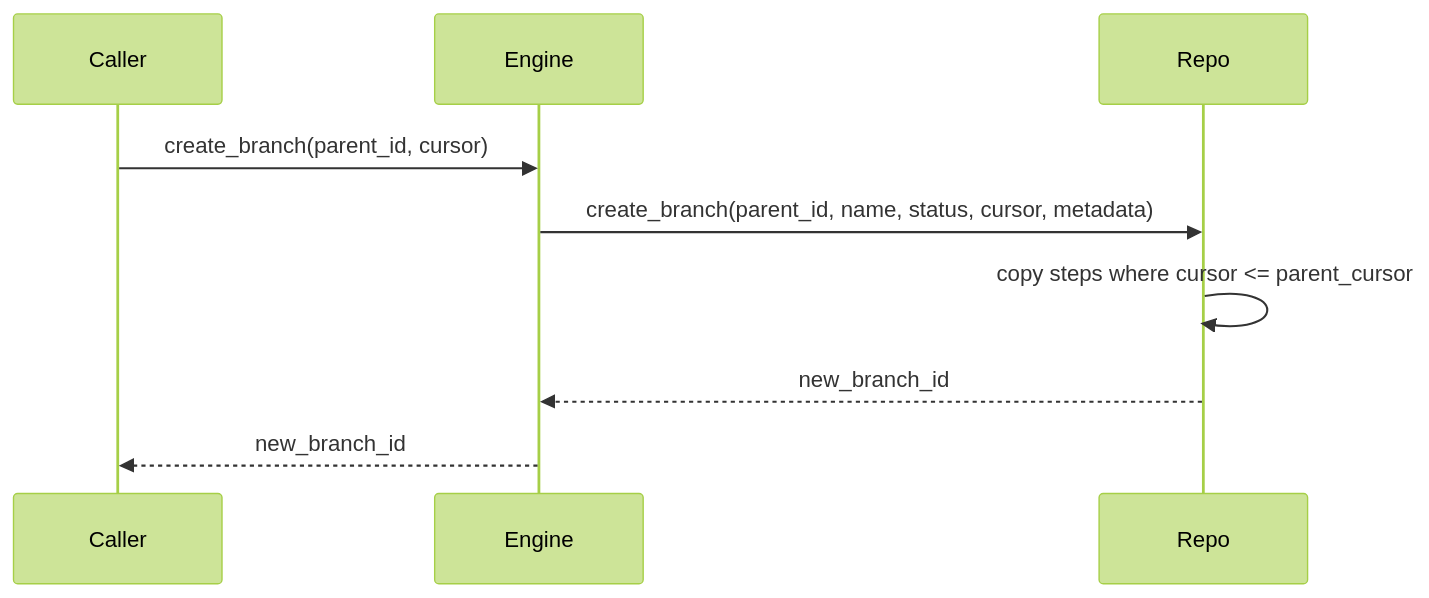
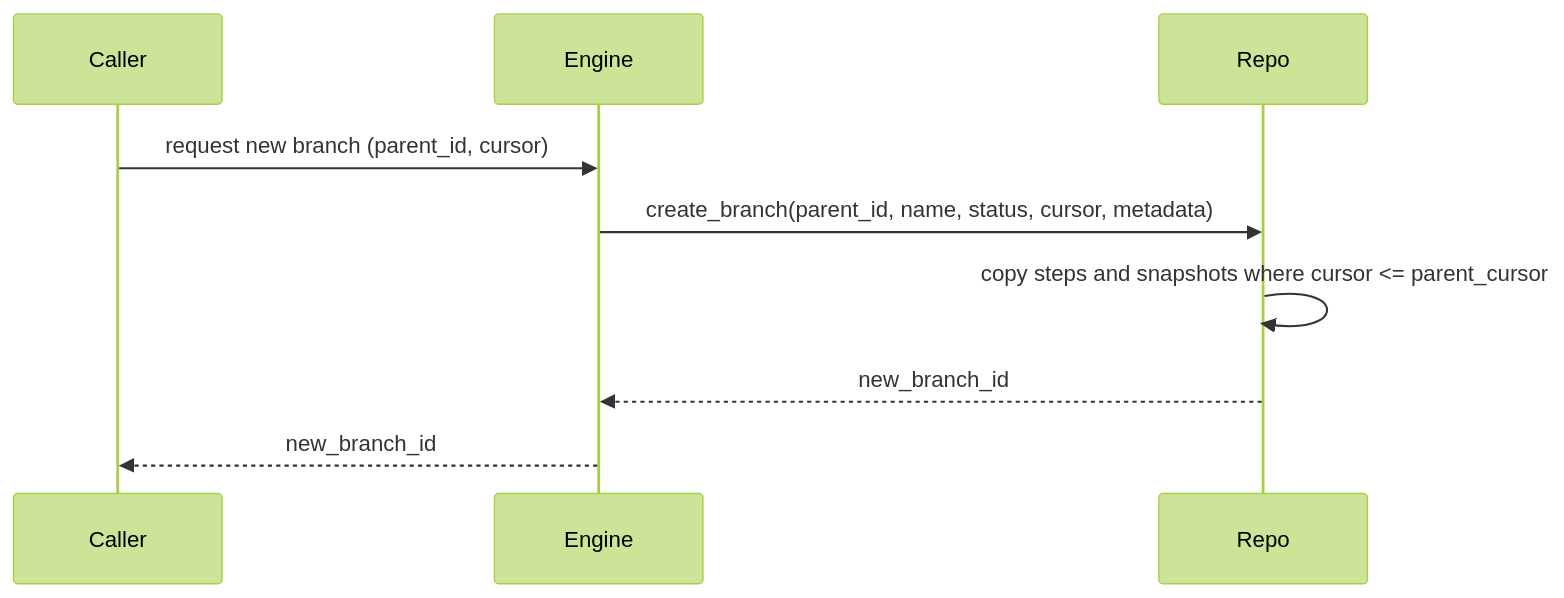
One commit to chem-gl/chem-flow changed the first of 2 diagrams in crates/flow/README.md. Above: the diagram before and after it, drawn with Mermaid (forest theme). The commit also changed other lines of this file and 9 other files, not shown here.

Commit message:
Se verifica el flow

````diff
--- a/crates/flow/README.md
+++ b/crates/flow/README.md
@@ -75,11 +42,11 @@
 ```mermaid
 sequenceDiagram
     participant Caller
     participant Engine
     participant Repo
-    Caller->>Engine: create_branch(parent_id, cursor)
+    Caller->>Engine: request new branch (parent_id, cursor)
     Engine->>Repo: create_branch(parent_id, name, status, cursor, metadata)
-    Repo->>Repo: copy steps where cursor <= parent_cursor
+    Repo->>Repo: copy steps and snapshots where cursor <= parent_cursor
     Repo-->>Engine: new_branch_id
     Engine-->>Caller: new_branch_id
 ```
````
